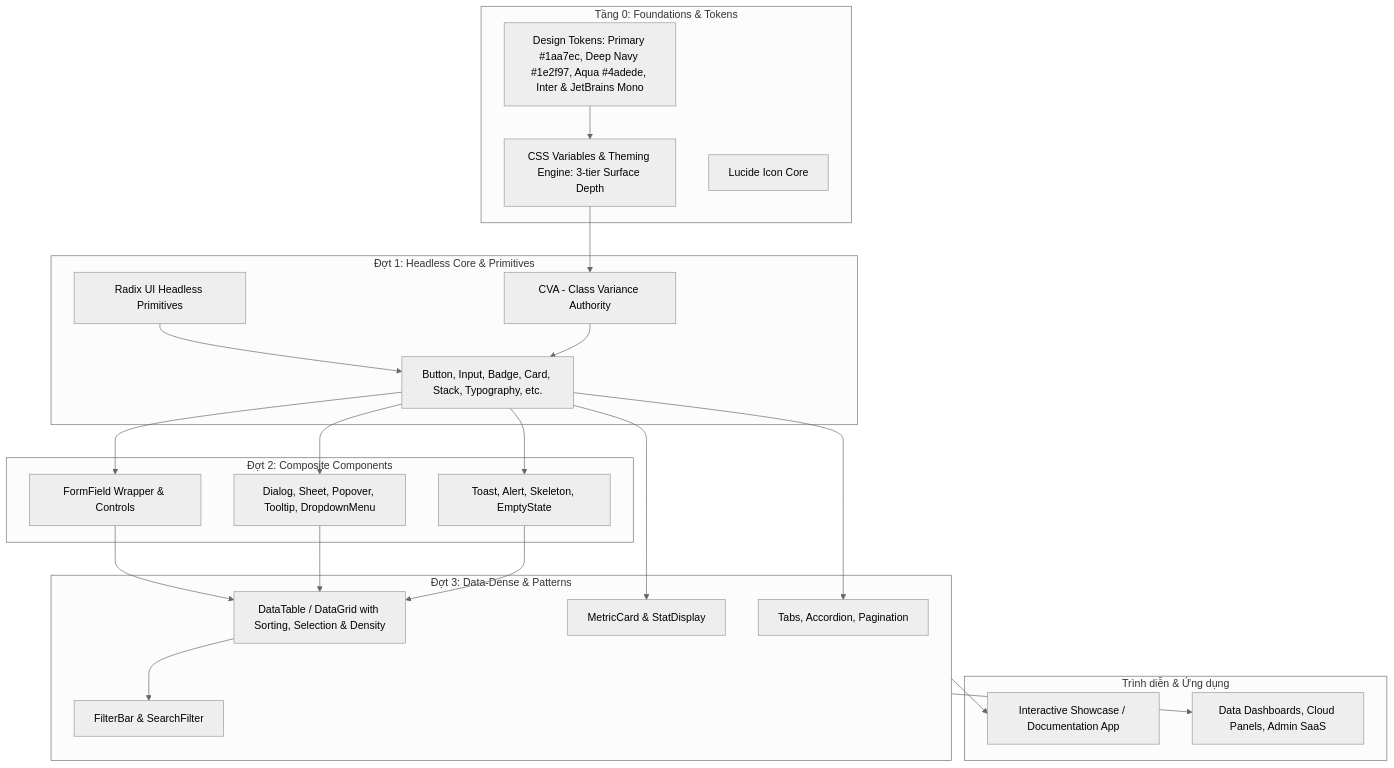
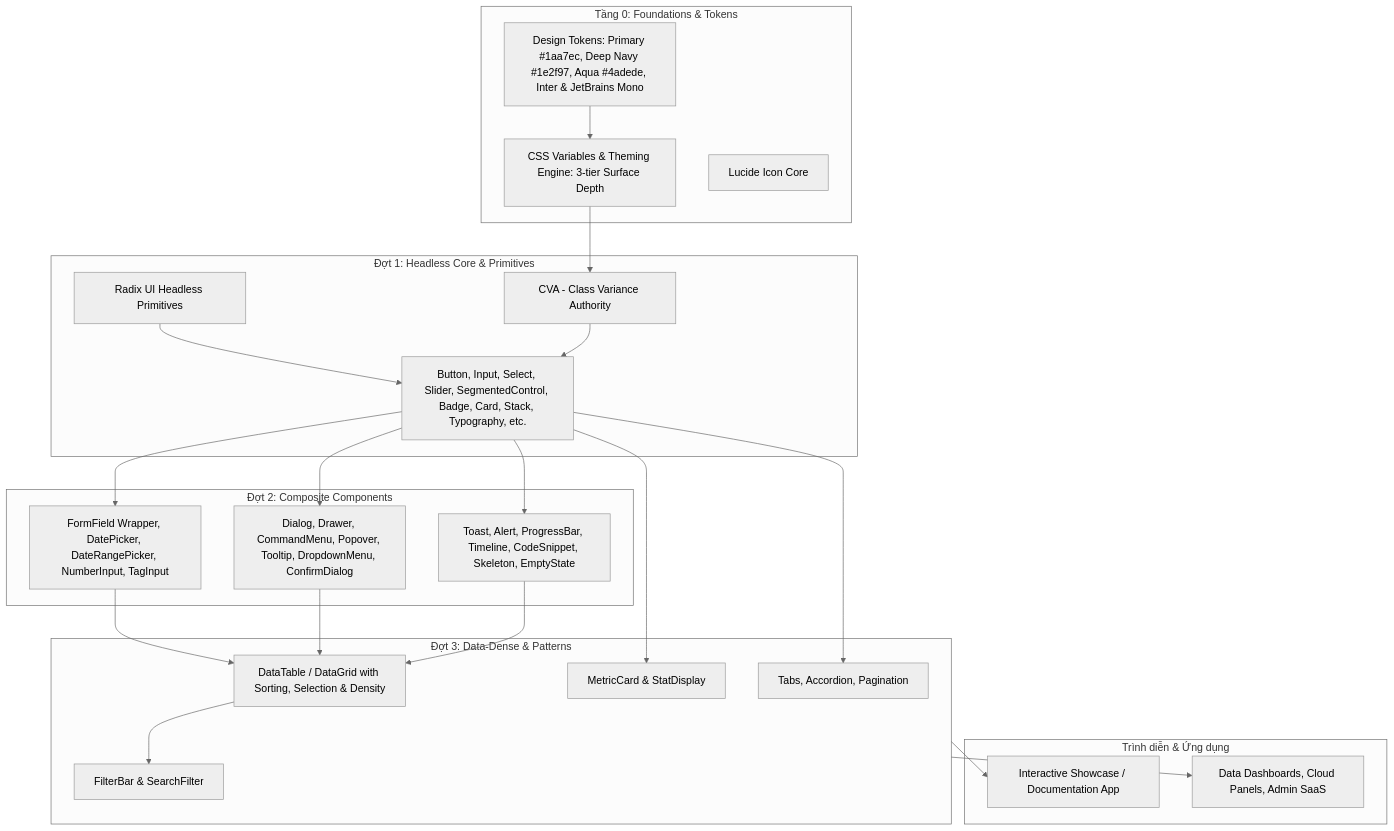
One commit to Belphegor2801/belp-ui-kit changed the diagram in docs/ARCHITECTURE.md. Above: the diagram before and after it, drawn with Mermaid (neutral theme). The commit also changed 23 other files, not shown here.

Commit message:
feat: add Slider, SegmentedControl, DateRangePicker, CommandMenu, Timeline, TagInput, and CodeSnippet

````diff
--- a/docs/ARCHITECTURE.md
+++ b/docs/ARCHITECTURE.md
@@ -7,48 +7,48 @@
 ```mermaid
 flowchart TD
     subgraph Layer0["Tầng 0: Foundations & Tokens"]
         Tokens[Design Tokens: Primary #1aa7ec, Deep Navy #1e2f97, Aqua #4adede, Inter & JetBrains Mono]
         CSSVars[CSS Variables & Theming Engine: 3-tier Surface Depth]
         Icons[Lucide Icon Core]
     end
 
     subgraph Layer1["Đợt 1: Headless Core & Primitives"]
         RadixPrimitives[Radix UI Headless Primitives]
         BaseStyles[CVA - Class Variance Authority]
-        Primitives[Button, Input, Badge, Card, Stack, Typography, etc.]
+        Primitives[Button, Input, Select, Slider, SegmentedControl, Badge, Card, Stack, Typography, etc.]
     end
 
     subgraph Layer2["Đợt 2: Composite Components"]
-        FormFields[FormField Wrapper & Controls]
-        Overlays[Dialog, Sheet, Popover, Tooltip, DropdownMenu]
-        Feedback[Toast, Alert, Skeleton, EmptyState]
+        FormFields[FormField Wrapper, DatePicker, DateRangePicker, NumberInput, TagInput]
+        Overlays[Dialog, Drawer, CommandMenu, Popover, Tooltip, DropdownMenu, ConfirmDialog]
+        Feedback[Toast, Alert, ProgressBar, Timeline, CodeSnippet, Skeleton, EmptyState]
     end
 
     subgraph Layer3["Đợt 3: Data-Dense & Patterns"]
         DataTable[DataTable / DataGrid with Sorting, Selection & Density]
         DataFilters[FilterBar & SearchFilter]
         Metrics[MetricCard & StatDisplay]
         Nav[Tabs, Accordion, Pagination]
     end
 
     subgraph Consumers["Trình diễn & Ứng dụng"]
         Playground[Interactive Showcase / Documentation App]
         EndUserApps[Data Dashboards, Cloud Panels, Admin SaaS]
     end
 
     Tokens --> CSSVars
     CSSVars --> BaseStyles
     RadixPrimitives --> Primitives
     BaseStyles --> Primitives
     Primitives --> FormFields
     Primitives --> Overlays
     Primitives --> Feedback
     FormFields --> DataTable
     Overlays --> DataTable
     Feedback --> DataTable
     DataTable --> DataFilters
     Primitives --> Metrics
     Primitives --> Nav
     Layer3 --> Playground
     Layer3 --> EndUserApps
 ```
````
